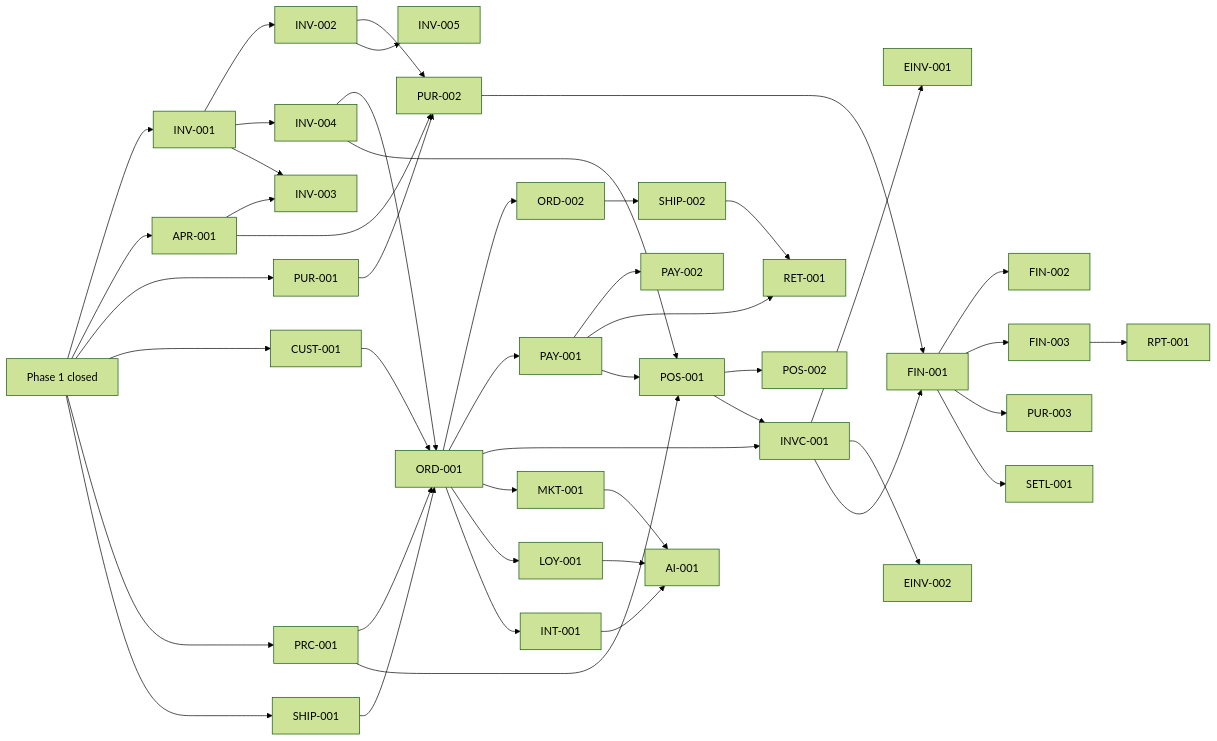
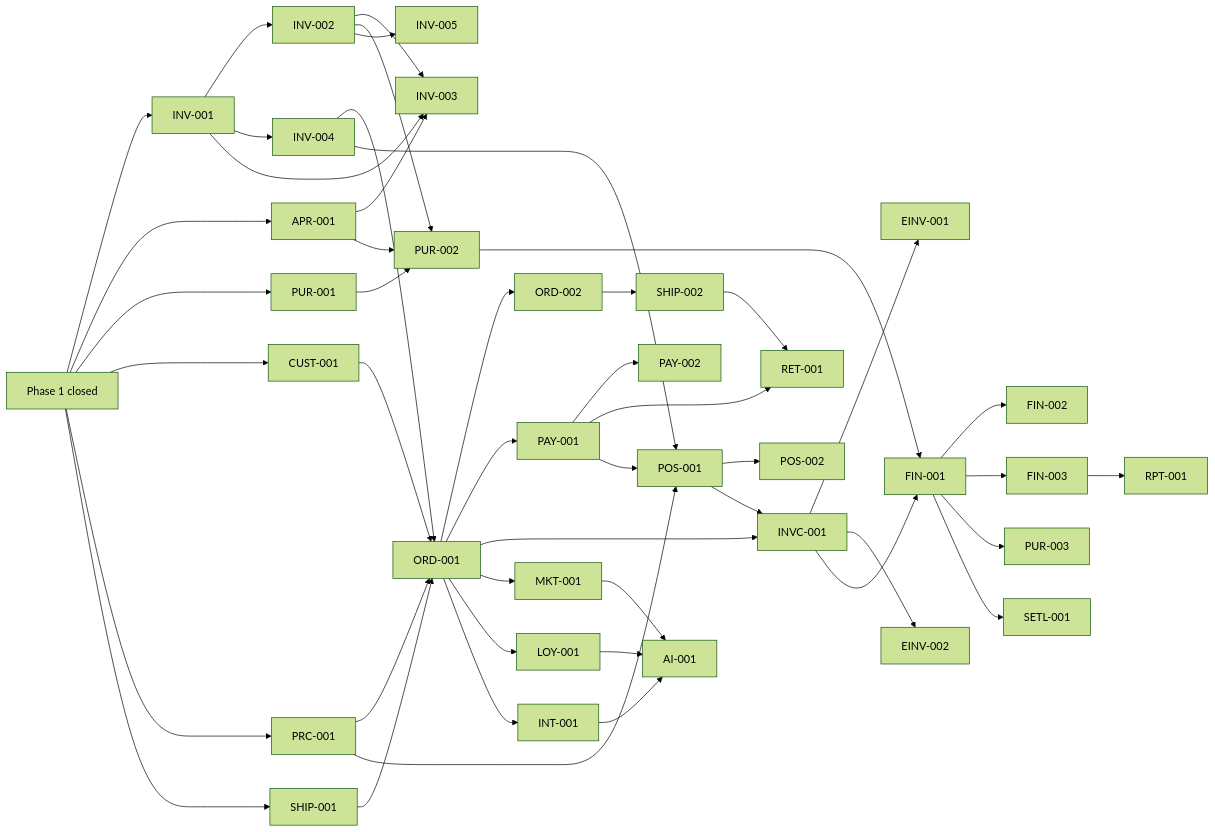
The diagram in docs/IMPLEMENTATION_PLAN.md (ahmedshalabysalem-hub/Perfume), drawn with Mermaid (forest theme) before and after one commit. The commit also changed other lines of this file and 9 other files, not shown here.

````diff
--- a/docs/IMPLEMENTATION_PLAN.md
+++ b/docs/IMPLEMENTATION_PLAN.md
@@ -21,19 +21,19 @@
 ```mermaid
 flowchart LR
   P1[Phase 1 closed] --> INV001[INV-001] & APR001[APR-001] & PUR001[PUR-001]
   INV001 --> INV002[INV-002] & INV004[INV-004]
-  INV001 & APR001 --> INV003[INV-003]
+  INV001 & APR001 & INV002 --> INV003[INV-003]
   INV002 & PUR001 & APR001 --> PUR002[PUR-002]
   INV002 --> INV005[INV-005]
   P1 --> CUST001[CUST-001] & PRC001[PRC-001] & SHIP001[SHIP-001]
   INV004 & CUST001 & PRC001 & SHIP001 --> ORD001[ORD-001] --> ORD002[ORD-002]
   ORD001 --> PAY001[PAY-001] --> PAY002[PAY-002]
   ORD002 --> SHIP002[SHIP-002]
   PAY001 & SHIP002 --> RET001[RET-001]
   INV004 & PRC001 & PAY001 --> POS001[POS-001] --> POS002[POS-002]
   ORD001 & POS001 --> INVC001[INVC-001] --> EINV001[EINV-001] & EINV002[EINV-002]
   INVC001 & PUR002 --> FIN001[FIN-001] --> FIN002[FIN-002] & FIN003[FIN-003] & PUR003[PUR-003]
   FIN001 --> SETL001[SETL-001]
   ORD001 --> MKT001[MKT-001] & LOY001[LOY-001] & INT001[INT-001] --> AI001[AI-001]
   FIN003 --> RPT001[RPT-001]
 ```
````
